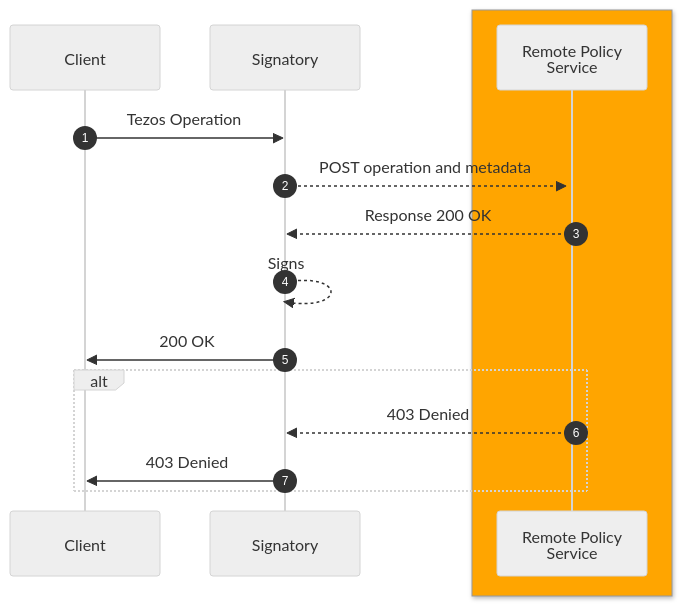
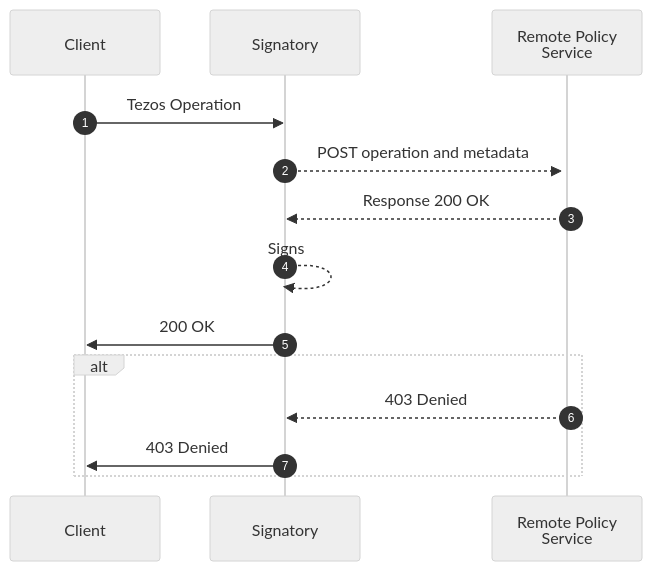
One commit to ecadlabs/signatory changed the diagram in docs/remote_policy.md. Above: the diagram before and after it, drawn with Mermaid (neutral theme).

Commit message:
remove the box that docusauruis does not like

````diff
--- a/docs/remote_policy.md
+++ b/docs/remote_policy.md
@@ -13,21 +13,18 @@
 ```mermaid
 sequenceDiagram
 autonumber
 participant C as Client
 participant S as Signatory
-
-box orange
 participant R as Remote Policy<br> Service
-end
 
 C->>S: Tezos Operation
 S-->>+R: POST operation and metadata
 R-->>S: Response 200 OK
 S-->>S: Signs 
 S->>C: 200 OK
 
 alt
 R-->>S: 403 Denied
 S->>C: 403 Denied
 end
 ```
````
